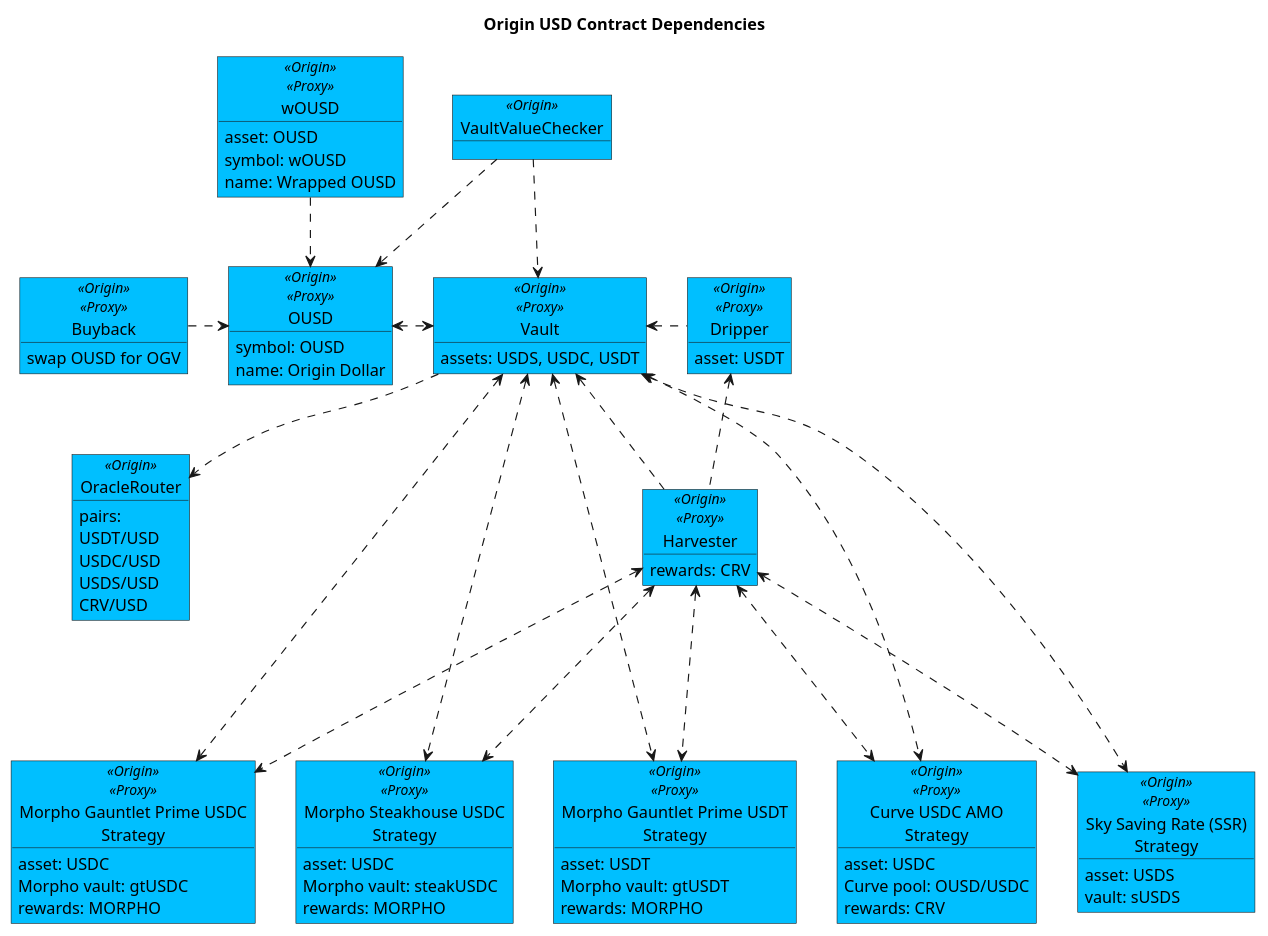
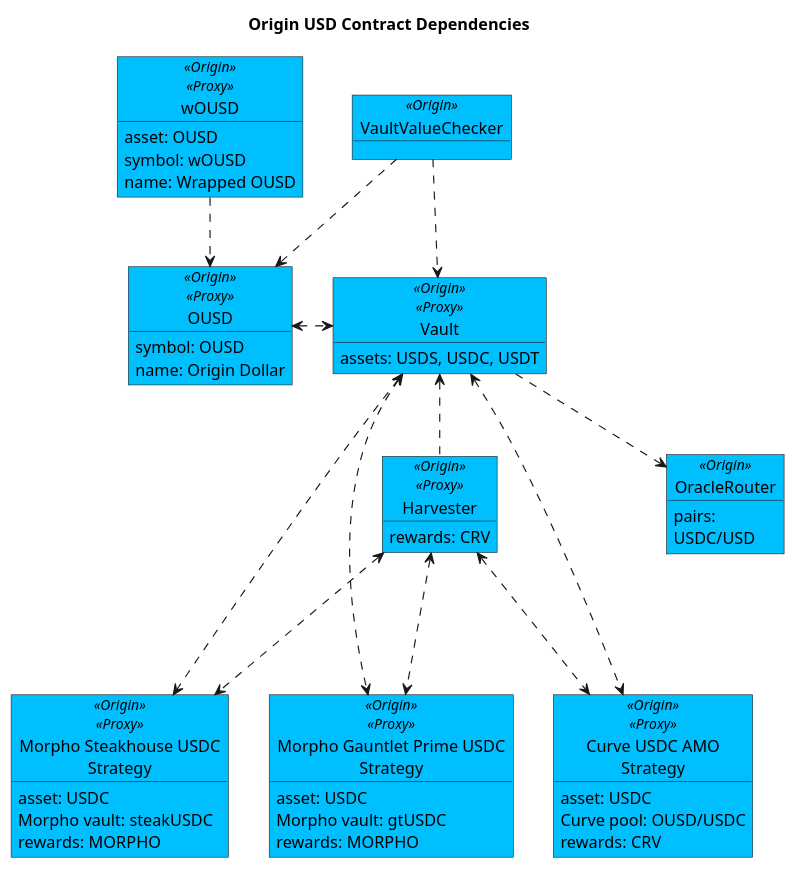
The diagram in contracts/docs/plantuml/ousdContracts.puml (OriginProtocol/origin-dollar), drawn with PlantUML before and after one commit. The commit also changed 3 other files, not shown here.

Commit message:
Refactor PlantUML diagrams for OETH and OUSD contracts to improve clarity and remove commented-out code

```diff
--- a/contracts/docs/plantuml/ousdContracts.puml
+++ b/contracts/docs/plantuml/ousdContracts.puml
@@ -1,107 +1,77 @@
 @startuml
 
 title "Origin USD Contract Dependencies"
-
-object "Dripper" as drip <<Origin>><<Proxy>> #DeepSkyBlue {
-    asset: USDT
-}
 
 object "VaultValueChecker" as checker <<Origin>> #DeepSkyBlue {
 }
 
 object "wOUSD" as wousd <<Origin>><<Proxy>> #DeepSkyBlue {
     asset: OUSD
     symbol: wOUSD
     name: Wrapped OUSD
 }
 
 object "OUSD" as ousd <<Origin>><<Proxy>> #DeepSkyBlue {
     symbol: OUSD
     name: Origin Dollar
 }
 
 object "Vault" as vault <<Origin>><<Proxy>> #DeepSkyBlue {
     assets: USDS, USDC, USDT  
 }
 
 object "Harvester" as harv <<Origin>><<Proxy>> #DeepSkyBlue {
     rewards: CRV
 }
 
-object "Buyback" as buy <<Origin>><<Proxy>> #DeepSkyBlue {
-swap OUSD for OGV
-}
-
 ' Strategies
 ' object "ConvexStrategy" as cvxStrat <<Origin>><<Proxy>> #DeepSkyBlue {
 '     asset: DAI, USDC, USDT
 '     Curve pool: 3Pool (3CRV)
 '     Convex pool: DAI+USDC+USDT
 '     rewards: CRV, CVX
 ' }
 object "Morpho Steakhouse USDC\nStrategy" as steakUSDC <<Origin>><<Proxy>> #DeepSkyBlue {
     asset: USDC
     Morpho vault: steakUSDC
     rewards: MORPHO
 }
 object "Morpho Gauntlet Prime USDC\nStrategy" as gtUSDC <<Origin>><<Proxy>> #DeepSkyBlue {
     asset: USDC
     Morpho vault: gtUSDC
     rewards: MORPHO
 }
-object "Morpho Gauntlet Prime USDT\nStrategy" as gtUSDT <<Origin>><<Proxy>> #DeepSkyBlue {
-    asset: USDT
-    Morpho vault: gtUSDT
-    rewards: MORPHO
-}
 object "Curve USDC AMO\nStrategy" as curveAmoStrat <<Origin>><<Proxy>> #DeepSkyBlue {
     asset: USDC
     Curve pool: OUSD/USDC
     rewards: CRV
 }
 
-object "Sky Saving Rate (SSR)\nStrategy" as ssrStrat <<Origin>><<Proxy>> #DeepSkyBlue {
-    asset: USDS
-    vault: sUSDS
-}
-
 ' Oracle
 object "OracleRouter" as oracle <<Origin>> #DeepSkyBlue {
 pairs:
-    USDT/USD
     USDC/USD
-    USDS/USD
-    CRV/USD
 }
-
-vault <. drip
 
 checker ..> ousd
 checker ..> vault
 
 vault <.. harv 
 
 wousd ..> ousd
 ousd <.> vault
 vault ..> oracle
 
-buy .> ousd
-
 ' Strategies
 ' vault <...> aaveStrat
 ' vault <...> amoStrat
-vault <...> ssrStrat
 vault <...> steakUSDC
 vault <...> gtUSDC
-vault <...> gtUSDT
 vault <...> curveAmoStrat
 
-drip <.. harv
 ' harv <..> amoStrat
-harv <...> ssrStrat
 harv <...> steakUSDC
 harv <...> gtUSDC
-harv <...> gtUSDT
 harv <...> curveAmoStrat
 
 @enduml
```
